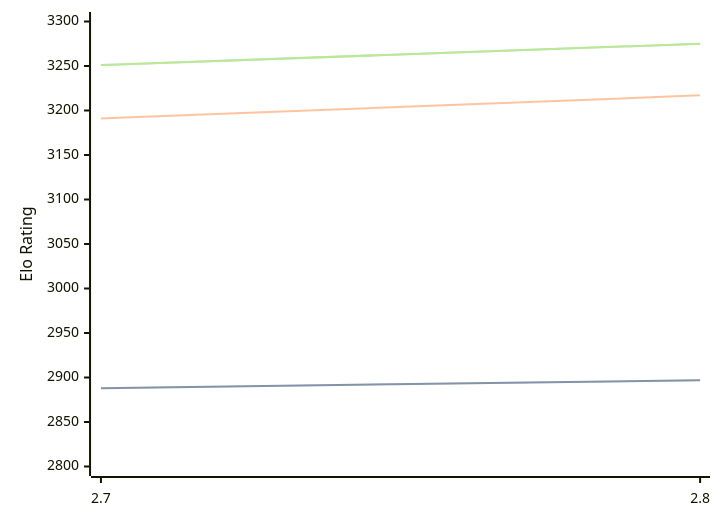
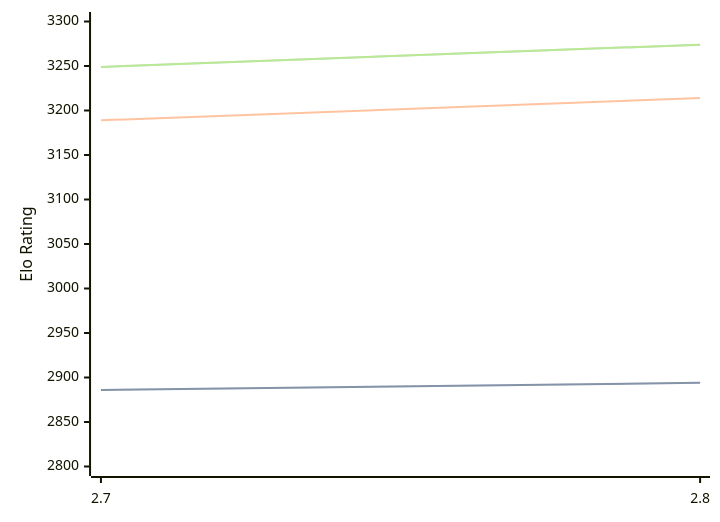
Before and after one commit to computer-chess-index/cci: the diagram in engines/Arcanum.md, drawn with Mermaid. The commit also changed other lines of this file, not shown here.

Commit message:
Update CCI Ratings (ELO VLTC) - 2026-08-12

````diff
--- a/engines/Arcanum.md
+++ b/engines/Arcanum.md
@@ -32,11 +32,11 @@
 ```mermaid
 %%{init: {"theme":"base","themeVariables":{"seriesColors:['#a3a3a3','#222221','#faa371']}}}%%
 xychart-beta
   x-axis ["2.7", "2.8"]
   y-axis "Elo Rating" 2800 --> 3300
-  line "STC (8.0+0.08s)" [2888, 2897]
-  line "STC (8.0+0.08s)" [2888, 2897]
-  line "LTC (60.0+0.60s)" [3191, 3217]
-  line "VLTC (2m24s+1.12s)" [3251, 3275]
-  line "VLTC (2m24s+1.12s)" [3251, 3275]
+  line "STC (8.0+0.08s)" [2886, 2894]
+  line "STC (8.0+0.08s)" [2886, 2894]
+  line "LTC (60.0+0.60s)" [3189, 3214]
+  line "VLTC (2m24s+1.12s)" [3249, 3274]
+  line "VLTC (2m24s+1.12s)" [3249, 3274]
 ```
````
